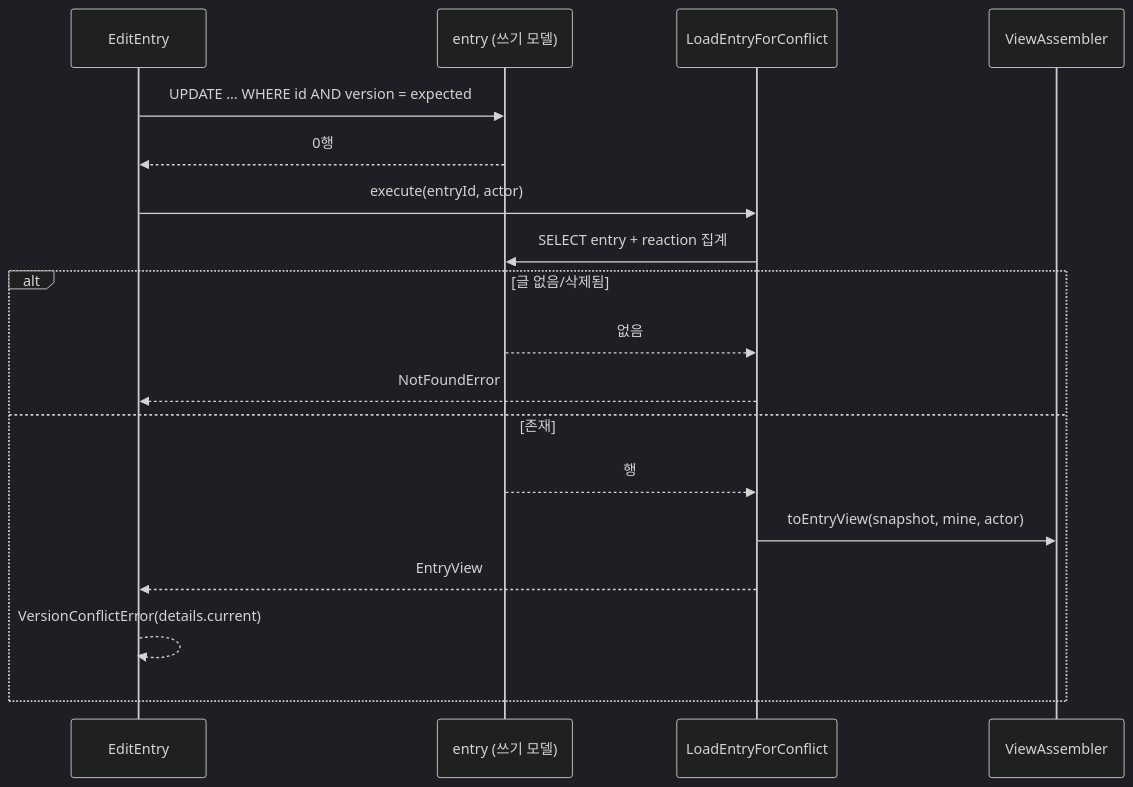
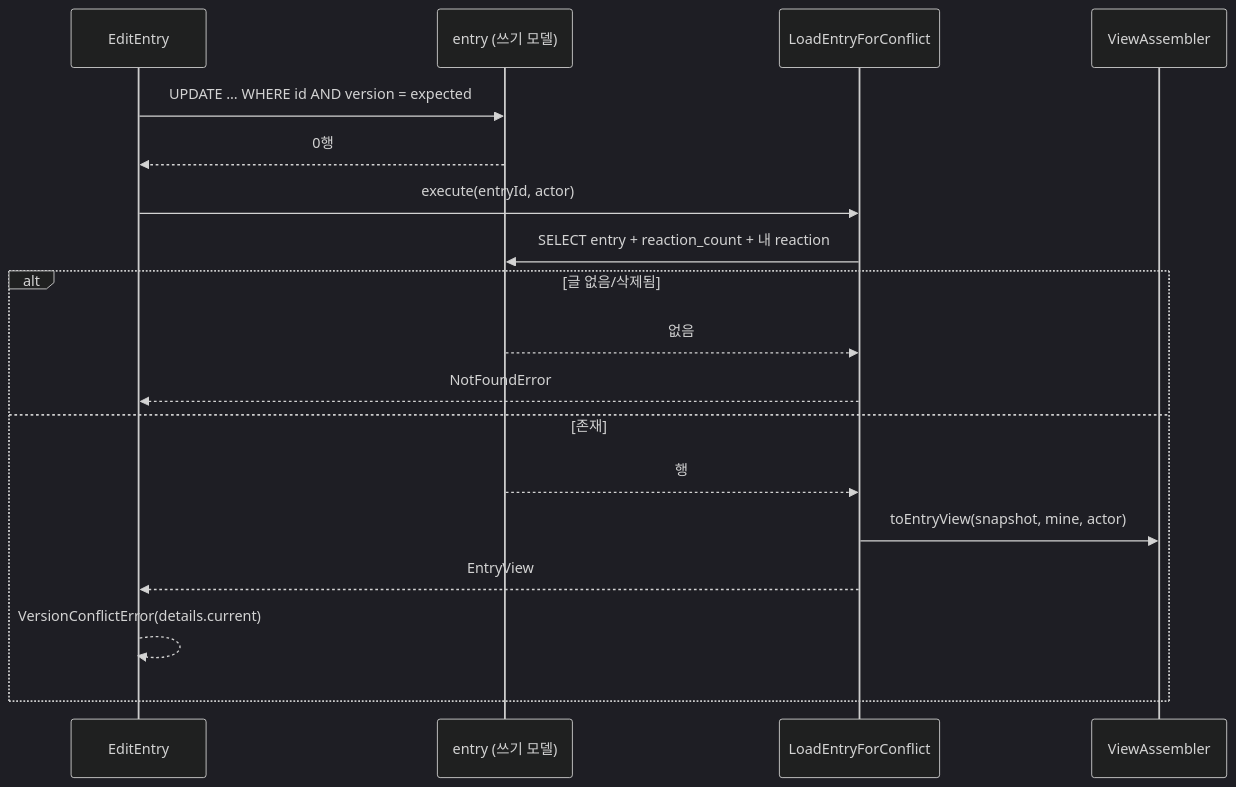
One commit to 1985jwlee/portpolio_backend changed diagram 15 of 21 in docs/design/features/12-guestbook-read.md. Above: the diagram before and after it, drawn with Mermaid (dark theme). The commit also changed other lines of this file and 23 other files, not shown here.

````diff
--- a/docs/design/features/12-guestbook-read.md
+++ b/docs/design/features/12-guestbook-read.md
@@ -895,20 +895,20 @@
 ```mermaid
 sequenceDiagram
     participant E as EditEntry
     participant D as entry (쓰기 모델)
     participant L as LoadEntryForConflict
     participant A as ViewAssembler
     E->>D: UPDATE … WHERE id AND version = expected
     D-->>E: 0행
     E->>L: execute(entryId, actor)
-    L->>D: SELECT entry + reaction 집계
+    L->>D: SELECT entry + reaction_count + 내 reaction
     alt 글 없음/삭제됨
         D-->>L: 없음
         L-->>E: NotFoundError
     else 존재
         D-->>L: 행
         L->>A: toEntryView(snapshot, mine, actor)
         L-->>E: EntryView
         E-->>E: VersionConflictError(details.current)
     end
 ```
````
